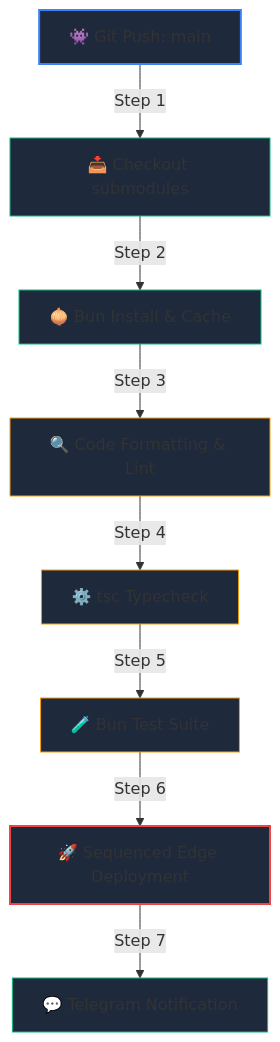
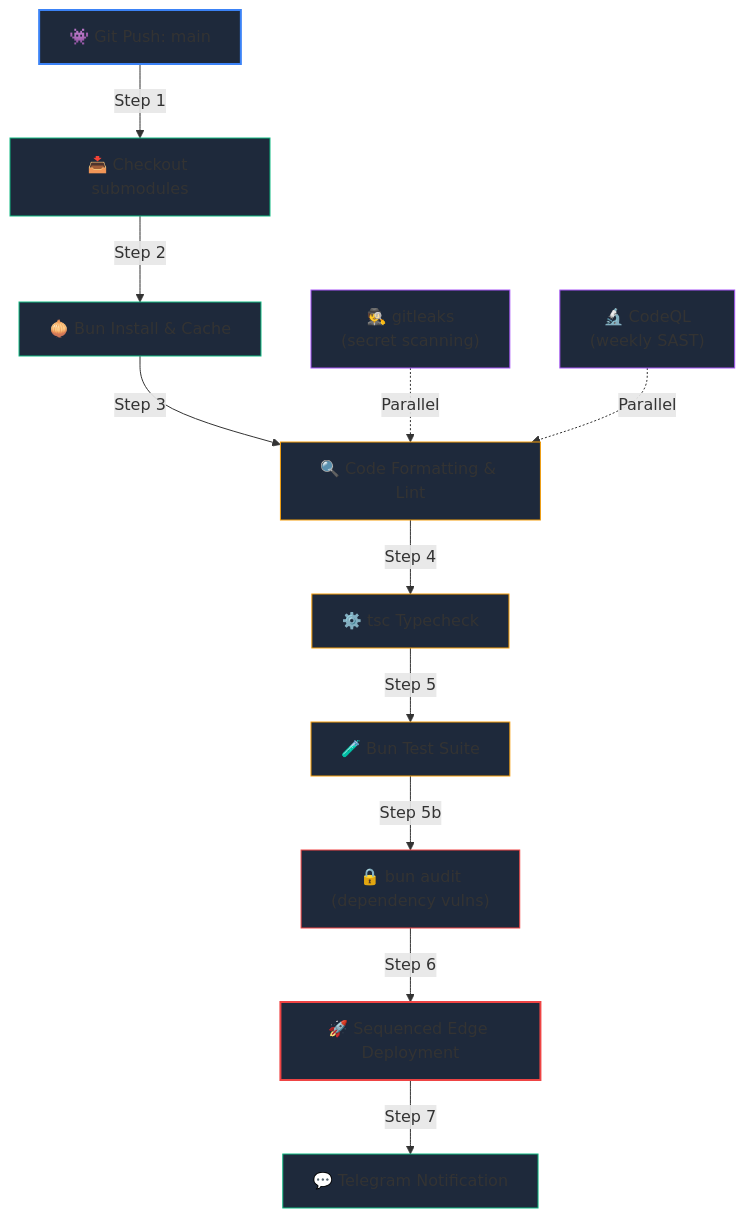
Before and after one commit to jango-blockchained/hoox-setup: the diagram in docs/devops/deployment/cicd.md, drawn with Mermaid. The commit also changed other lines of this file and 4 other files, not shown here.

````diff
--- a/docs/devops/deployment/cicd.md
+++ b/docs/devops/deployment/cicd.md
@@ -16,19 +16,26 @@
 ```mermaid
 graph TD
     Push["👾 Git Push: main"] -->|Step 1| Checkout["📥 Checkout submodules"]
     Checkout -->|Step 2| Install["🧅 Bun Install & Cache"]
     Install -->|Step 3| Lint["🔍 Code Formatting & Lint"]
     Lint -->|Step 4| Typecheck["⚙️ tsc Typecheck"]
     Typecheck -->|Step 5| Test["🧪 Bun Test Suite"]
-    Test -->|Step 6| Deploy["🚀 Sequenced Edge Deployment"]
+    Test -->|Step 5b| Audit["🔒 bun audit \n(dependency vulns)"]
+    Audit -->|Step 6| Deploy["🚀 Sequenced Edge Deployment"]
     Deploy -->|Step 7| Notify["💬 Telegram Notification"]
+
+    SecretScan["🕵️ gitleaks \n(secret scanning)"] -.->|Parallel| Lint
+    CodeQL["🔬 CodeQL \n(weekly SAST)"] -.->|Parallel| Lint
 
     style Push fill:#1e293b,stroke:#3b82f6,stroke-width:2
     style Checkout fill:#1e293b,stroke:#10b981,stroke-width:1
     style Install fill:#1e293b,stroke:#10b981,stroke-width:1
     style Lint fill:#1e293b,stroke:#f59e0b,stroke-width:1
     style Typecheck fill:#1e293b,stroke:#f59e0b,stroke-width:1
     style Test fill:#1e293b,stroke:#f59e0b,stroke-width:1
+    style Audit fill:#1e293b,stroke:#ef4444,stroke-width:1
+    style SecretScan fill:#1e293b,stroke:#a855f7,stroke-width:1
+    style CodeQL fill:#1e293b,stroke:#a855f7,stroke-width:1
     style Deploy fill:#1e293b,stroke:#ef4444,stroke-width:2
     style Notify fill:#1e293b,stroke:#10b981,stroke-width:1
 ```
````
